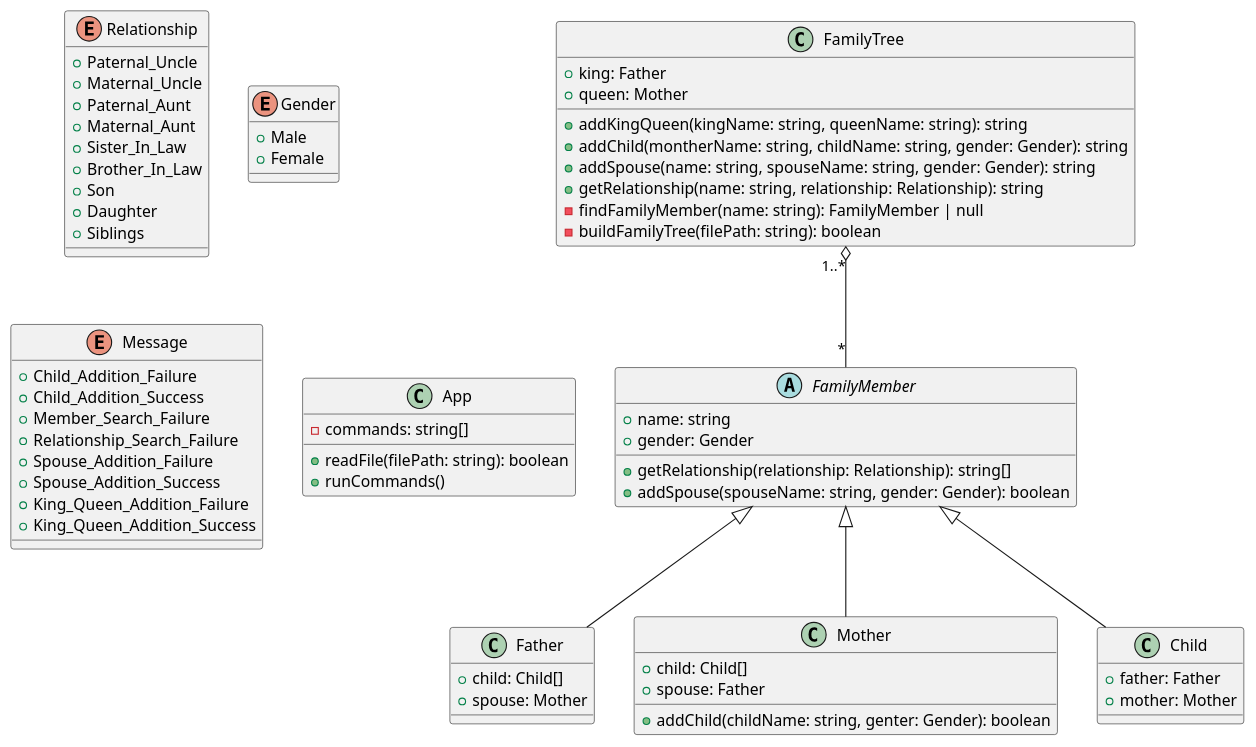
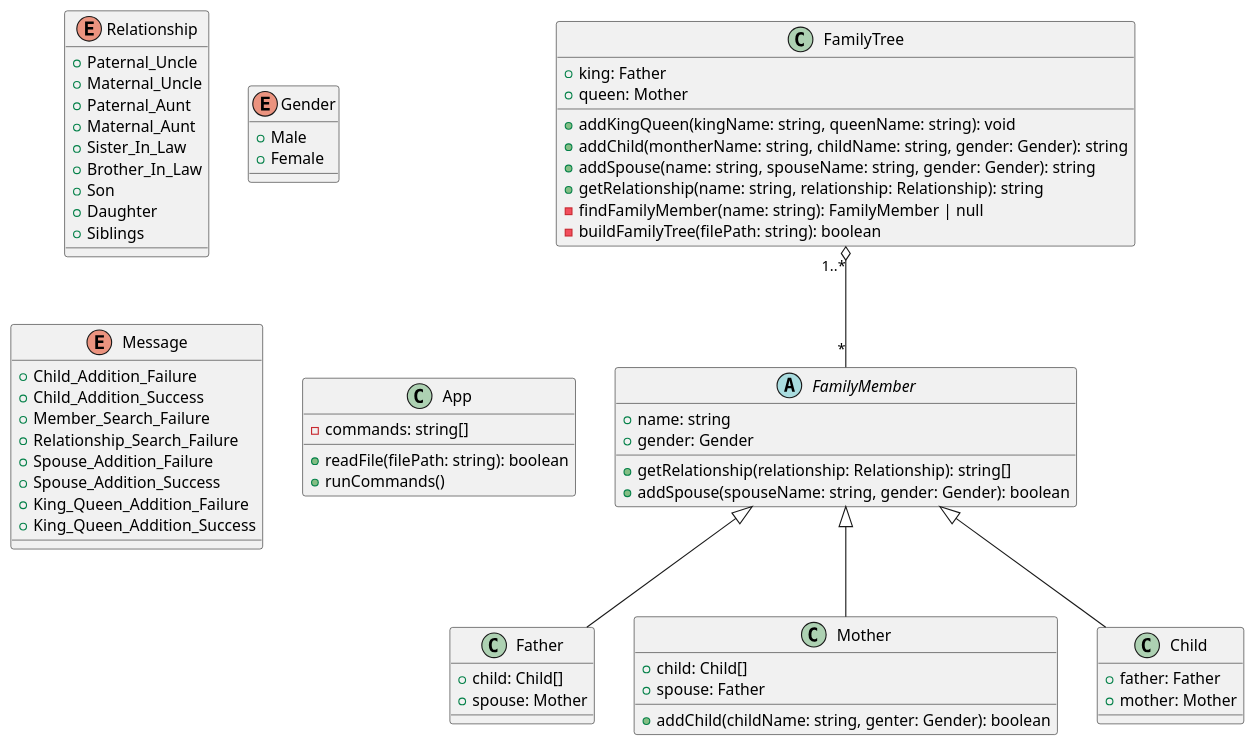
One commit to evaou/family-tree changed the diagram in uml/class-diagram.puml. Above: the diagram before and after it, drawn with PlantUML.

Commit message:
update function return type

```diff
--- a/uml/class-diagram.puml
+++ b/uml/class-diagram.puml
@@ -1,77 +1,77 @@
 @startuml class diagram 
 
 enum Relationship {
    +Paternal_Uncle 
    +Maternal_Uncle
    +Paternal_Aunt
    +Maternal_Aunt
    +Sister_In_Law
    +Brother_In_Law
    +Son
    +Daughter
    +Siblings
 }
 
 enum Gender {
     +Male
     +Female
 }
 
 enum Message {
     +Child_Addition_Failure
     +Child_Addition_Success
     +Member_Search_Failure
     +Relationship_Search_Failure
     +Spouse_Addition_Failure
     +Spouse_Addition_Success
     +King_Queen_Addition_Failure
     +King_Queen_Addition_Success
 }
 
 class App {
     -commands: string[]
     +readFile(filePath: string): boolean
     +runCommands()
 }
 
 class FamilyTree {
     +king: Father
     +queen: Mother
-    +addKingQueen(kingName: string, queenName: string): string
+    +addKingQueen(kingName: string, queenName: string): void
     +addChild(montherName: string, childName: string, gender: Gender): string
     +addSpouse(name: string, spouseName: string, gender: Gender): string
     +getRelationship(name: string, relationship: Relationship): string
-    -findFamilyMember(name: string): FamilyMember | null 
+    -findFamilyMember(name: string): FamilyMember | null
     -buildFamilyTree(filePath: string): boolean
 }
 
 abstract FamilyMember {
     +name: string
     +gender: Gender
     +getRelationship(relationship: Relationship): string[]
     +addSpouse(spouseName: string, gender: Gender): boolean
 }
 
 class Father {
     +child: Child[]
     +spouse: Mother
 }
 
 class Mother {
     +child: Child[]
     +spouse: Father 
     +addChild(childName: string, genter: Gender): boolean
 }
 
 class Child {
     +father: Father
     +mother: Mother
 }
 
 FamilyTree "1..*" o-- "*" FamilyMember
 
 FamilyMember <|-- Father
 FamilyMember <|--  Mother
 FamilyMember <|--  Child 
 
 @enduml
```
